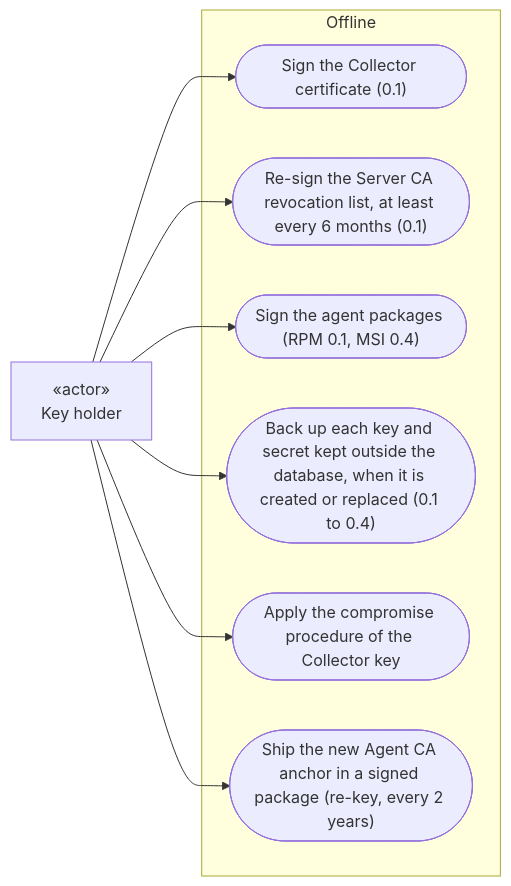
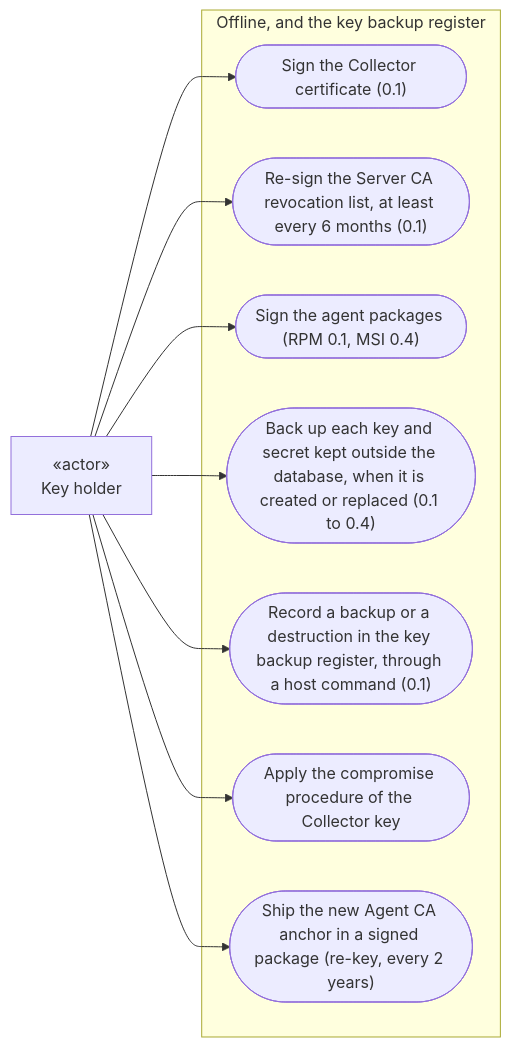
The fourth of 6 diagrams in doc/analyse/uml/v1/use-cases.md (micdef/Dashboard), drawn with Mermaid before and after one commit. The commit also changed other lines of this file and 5 other files, not shown here.

````diff
--- a/doc/analyse/uml/v1/use-cases.md
+++ b/doc/analyse/uml/v1/use-cases.md
@@ -170,20 +170,22 @@
 ```mermaid
 flowchart LR
     KeyHolder["«actor»<br/>Key holder"]
 
-    subgraph Offline ["Offline"]
+    subgraph Offline ["Offline, and the key backup register"]
         SignServer(["Sign the Collector certificate (0.1)"])
         SignCrl(["Re-sign the Server CA revocation list, at least every 6 months (0.1)"])
         SignPackages(["Sign the agent packages (RPM 0.1, MSI 0.4)"])
         BackupKeys(["Back up each key and secret kept outside the database, when it is created or replaced (0.1 to 0.4)"])
+        KeyRegister(["Record a backup or a destruction in the key backup register, through a host command (0.1)"])
         Compromise(["Apply the compromise procedure of the Collector key"])
         Rekey(["Ship the new Agent CA anchor in a signed package (re-key, every 2 years)"])
     end
 
     KeyHolder --> SignServer
     KeyHolder --> SignCrl
     KeyHolder --> SignPackages
     KeyHolder --> BackupKeys
+    KeyHolder --> KeyRegister
     KeyHolder --> Compromise
     KeyHolder --> Rekey
 ```
````
